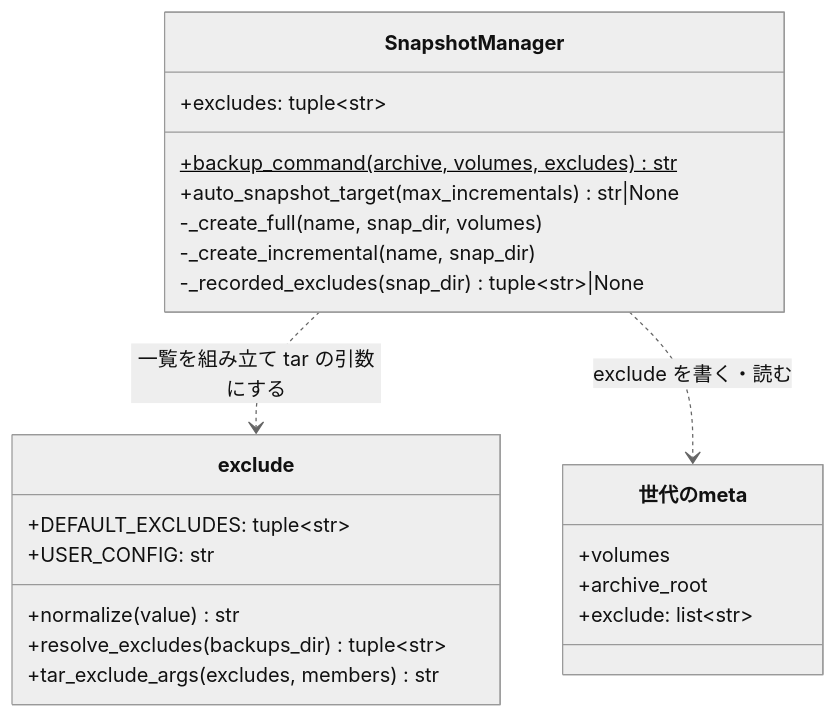
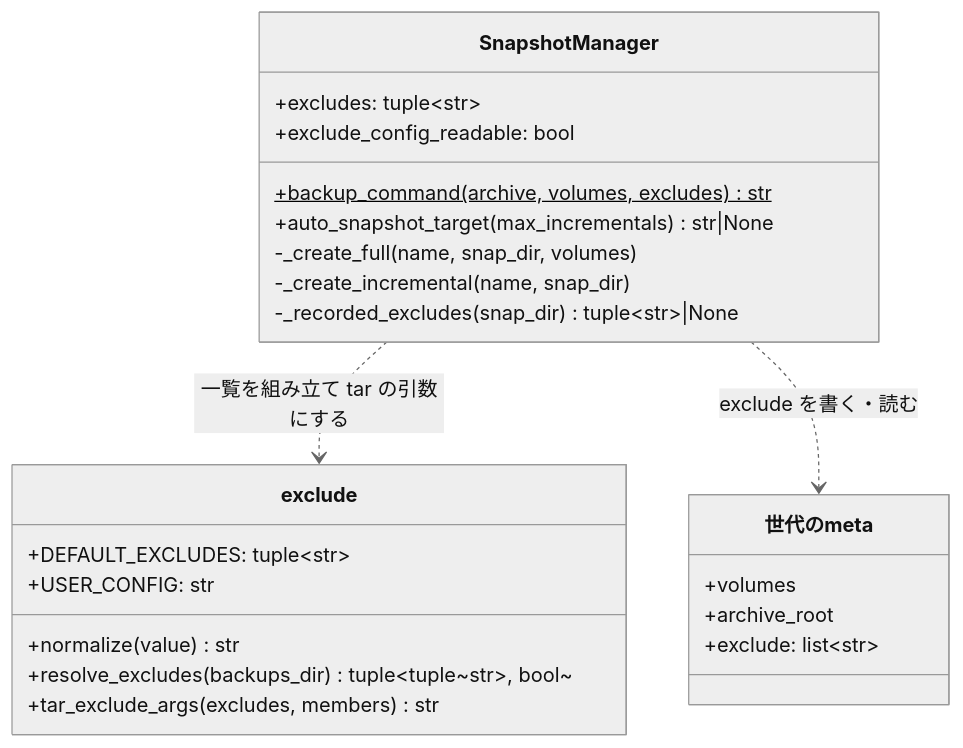
The second of 3 diagrams in issues/issue-368-design.md (devbasex/devbase), drawn with Mermaid (neutral theme) before and after one commit. The commit also changed other lines of this file, not shown here.

````diff
--- a/issues/issue-368-design.md
+++ b/issues/issue-368-design.md
@@ -151,25 +152,26 @@
 ```mermaid
 classDiagram
     class SnapshotManager {
         +excludes: tuple~str~
+        +exclude_config_readable: bool
         +backup_command(archive, volumes, excludes)$ str
         +auto_snapshot_target(max_incrementals) str|None
         -_create_full(name, snap_dir, volumes)
         -_create_incremental(name, snap_dir)
         -_recorded_excludes(snap_dir) tuple~str~|None
     }
     class exclude {
         +DEFAULT_EXCLUDES: tuple~str~
         +USER_CONFIG: str
         +normalize(value) str
-        +resolve_excludes(backups_dir) tuple~str~
+        +resolve_excludes(backups_dir) tuple~tuple~str~, bool~
         +tar_exclude_args(excludes, members) str
     }
     class 世代のmeta {
         +volumes
         +archive_root
         +exclude: list~str~
     }
     SnapshotManager ..> exclude : 一覧を組み立て tar の引数にする
     SnapshotManager ..> 世代のmeta : exclude を書く・読む
 ```
````
